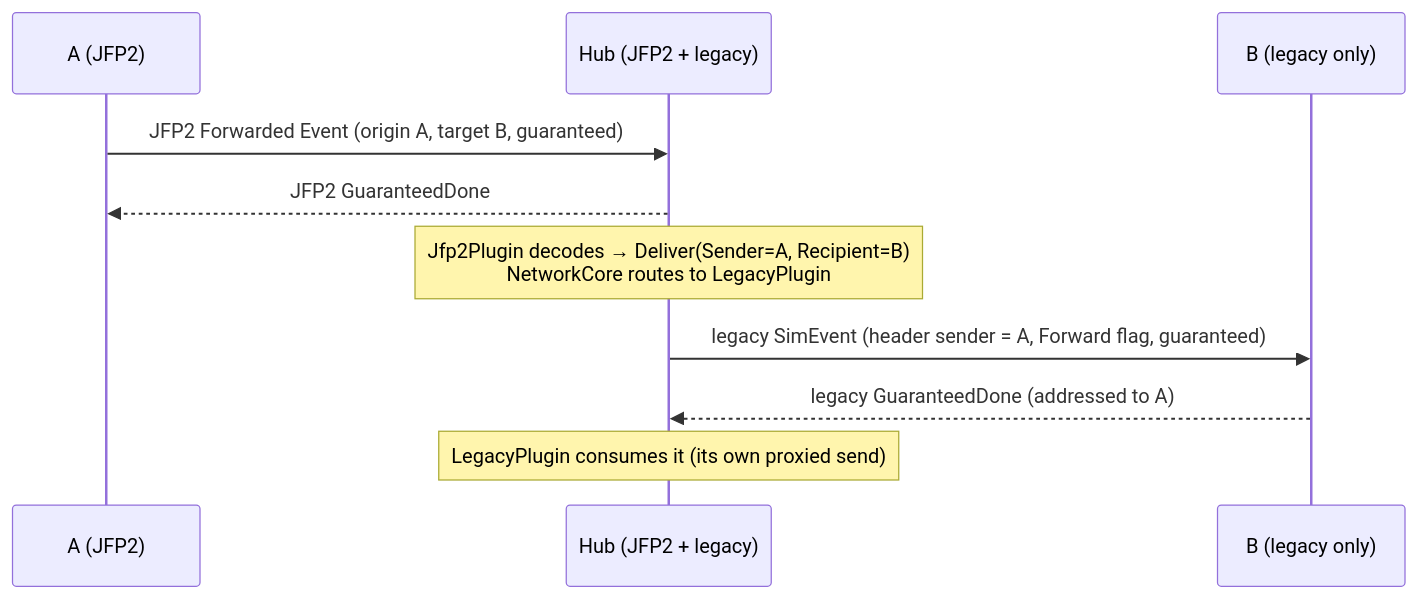
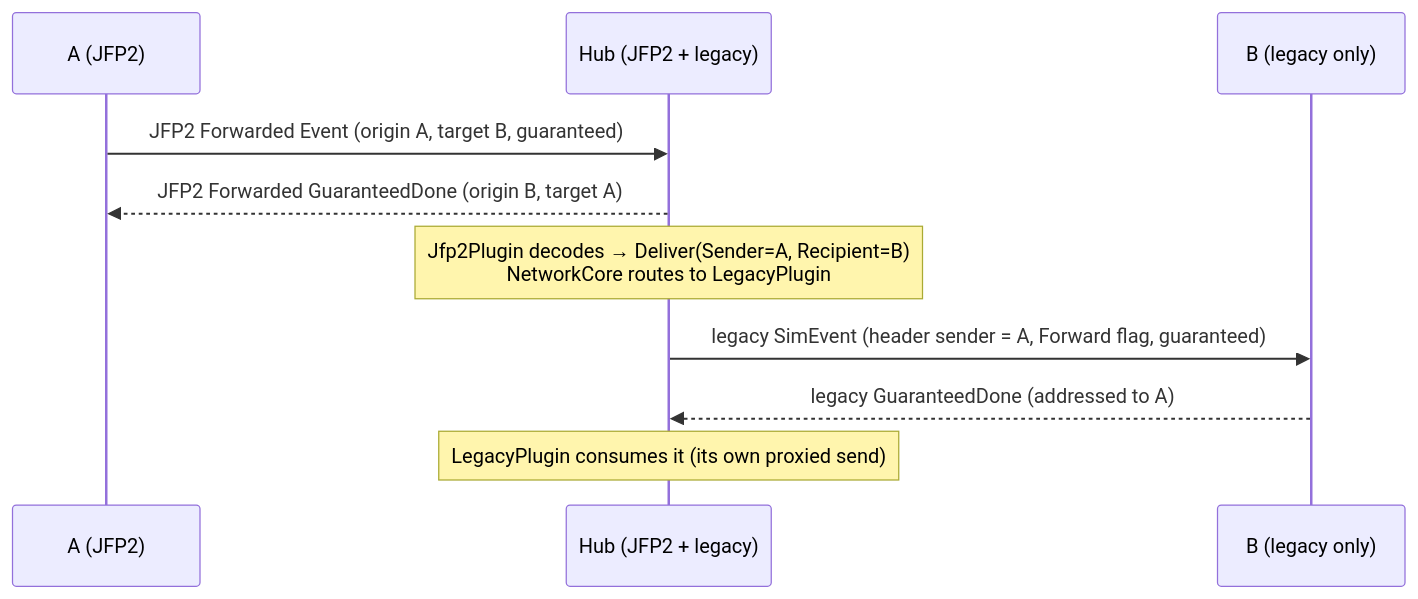
One commit to tuduce/JoinFS changed the third of 3 diagrams in docs/reference/joinfs-architecture.md. Above: the diagram before and after it, drawn with Mermaid. The commit also changed other lines of this file and 76 other files, not shown here.

First line of the commit message:
JFP2: first-release wire (names, guaranteed ids, field limits, observed endpoint) and docs/jfp2 (#200)

````diff
--- a/docs/reference/joinfs-architecture.md
+++ b/docs/reference/joinfs-architecture.md
@@ -416,12 +428,12 @@
 ```mermaid
 sequenceDiagram
     participant A as A (JFP2)
     participant H as Hub (JFP2 + legacy)
     participant B as B (legacy only)
     A->>H: JFP2 Forwarded Event (origin A, target B, guaranteed)
-    H-->>A: JFP2 GuaranteedDone
+    H-->>A: JFP2 Forwarded GuaranteedDone (origin B, target A)
     Note over H: Jfp2Plugin decodes → Deliver(Sender=A, Recipient=B)<br/>NetworkCore routes to LegacyPlugin
     H->>B: legacy SimEvent (header sender = A, Forward flag, guaranteed)
     B-->>H: legacy GuaranteedDone (addressed to A)
     Note over H: LegacyPlugin consumes it (its own proxied send)
 ```
````
